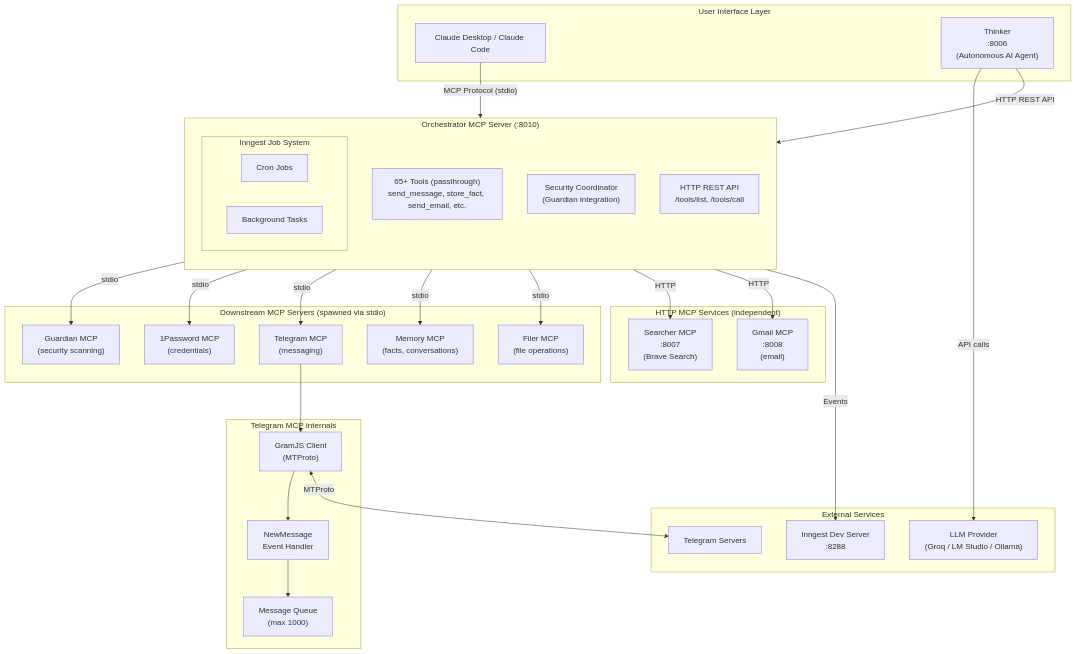
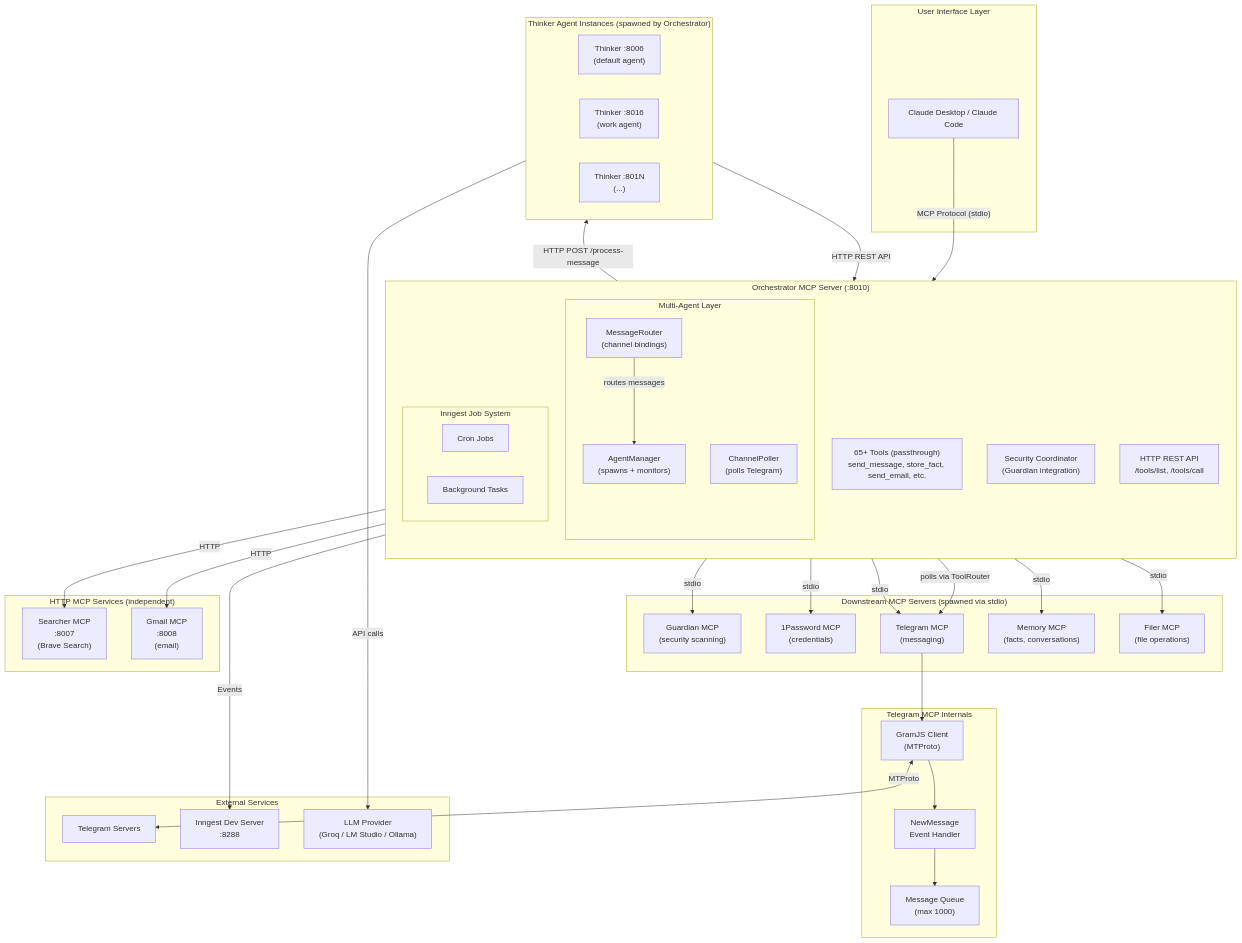
Before and after one commit to cwikio/Hexa-Puffs: the first of 3 diagrams in README.md, drawn with Mermaid. The commit also changed other lines of this file and 2 other files, not shown here.

````diff
--- a/README.md
+++ b/README.md
@@ -47,60 +48,73 @@
 ```mermaid
 flowchart TB
     subgraph UI["User Interface Layer"]
         Claude["Claude Desktop / Claude Code"]
-        Thinker["Thinker<br/>:8006<br/>(Autonomous AI Agent)"]
     end
 
     subgraph Orchestrator["Orchestrator MCP Server (:8010)"]
         direction TB
         Tools["65+ Tools (passthrough)<br/>send_message, store_fact, send_email, etc."]
         Security["Security Coordinator<br/>(Guardian integration)"]
         HTTPAPI["HTTP REST API<br/>/tools/list, /tools/call"]
+        subgraph MultiAgent["Multi-Agent Layer"]
+            ChannelPoller["ChannelPoller<br/>(polls Telegram)"]
+            MsgRouter["MessageRouter<br/>(channel bindings)"]
+            AgentMgr["AgentManager<br/>(spawns + monitors)"]
+        end
         subgraph Jobs["Inngest Job System"]
             Cron["Cron Jobs"]
             Background["Background Tasks"]
         end
+    end
+
+    subgraph Agents["Thinker Agent Instances (spawned by Orchestrator)"]
+        Agent1["Thinker :8006<br/>(default agent)"]
+        Agent2["Thinker :8016<br/>(work agent)"]
+        AgentN["Thinker :801N<br/>(...)"]
     end
 
     subgraph MCPs["Downstream MCP Servers (spawned via stdio)"]
         Guardian["Guardian MCP<br/>(security scanning)"]
         OnePass["1Password MCP<br/>(credentials)"]
         Telegram["Telegram MCP<br/>(messaging)"]
         Memory["Memory MCP<br/>(facts, conversations)"]
         Filer["Filer MCP<br/>(file operations)"]
     end
 
     subgraph HTTPMCPs["HTTP MCP Services (independent)"]
         Searcher["Searcher MCP<br/>:8007<br/>(Brave Search)"]
         Gmail["Gmail MCP<br/>:8008<br/>(email)"]
     end
 
     subgraph TelegramInternals["Telegram MCP Internals"]
         GramJS["GramJS Client<br/>(MTProto)"]
         EventHandler["NewMessage<br/>Event Handler"]
         Queue["Message Queue<br/>(max 1000)"]
     end
 
     subgraph External["External Services"]
         TelegramAPI["Telegram Servers"]
         InngestDev["Inngest Dev Server<br/>:8288"]
         LLM["LLM Provider<br/>(Groq / LM Studio / Ollama)"]
     end
 
     Claude -->|"MCP Protocol (stdio)"| Orchestrator
-    Thinker -->|"HTTP REST API"| HTTPAPI
-    Thinker -->|"API calls"| LLM
+    ChannelPoller -->|"polls via ToolRouter"| Telegram
+    MsgRouter -->|"routes messages"| AgentMgr
+    AgentMgr -->|"HTTP POST /process-message"| Agents
+    Agents -->|"HTTP REST API"| HTTPAPI
+    Agents -->|"API calls"| LLM
     Orchestrator -->|stdio| Guardian
     Orchestrator -->|stdio| OnePass
     Orchestrator -->|stdio| Telegram
     Orchestrator -->|stdio| Memory
     Orchestrator -->|stdio| Filer
     Orchestrator -->|HTTP| Searcher
     Orchestrator -->|HTTP| Gmail
     Jobs -->|Events| InngestDev
 
     Telegram --> GramJS
     GramJS --> EventHandler
     EventHandler --> Queue
     GramJS <-->|MTProto| TelegramAPI
 ```
````
